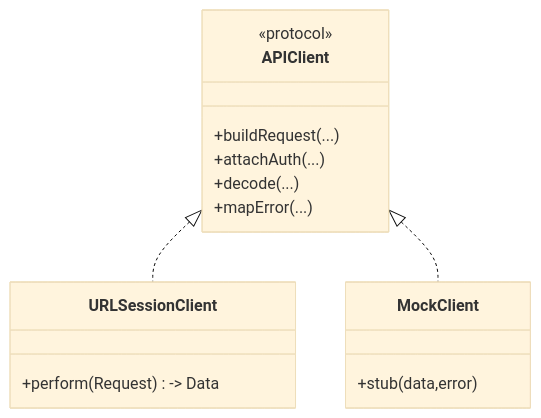
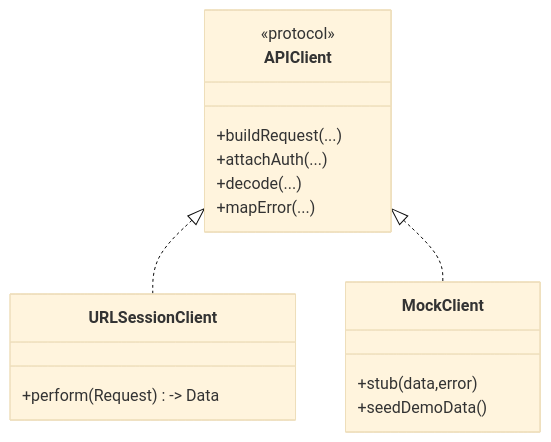
One commit to Jayden23018/blind-run-ios changed the eighth of 12 diagrams in .qoder/repowiki/zh/content/测试策略/测试策略.md. Above: the diagram before and after it, drawn with Mermaid (base theme). The commit also changed other lines of this file and 22 other files, not shown here.

````diff
--- a/.qoder/repowiki/zh/content/测试策略/测试策略.md
+++ b/.qoder/repowiki/zh/content/测试策略/测试策略.md
@@ -259,18 +360,19 @@
 ```mermaid
 classDiagram
 class APIClient {
 <<protocol>>
 +buildRequest(...)
 +attachAuth(...)
 +decode(...)
 +mapError(...)
 }
 class URLSessionClient {
 +perform(Request) -> Data
 }
 class MockClient {
 +stub(data,error)
++seedDemoData()
 }
 APIClient <|.. URLSessionClient
 APIClient <|.. MockClient
 ```
````
